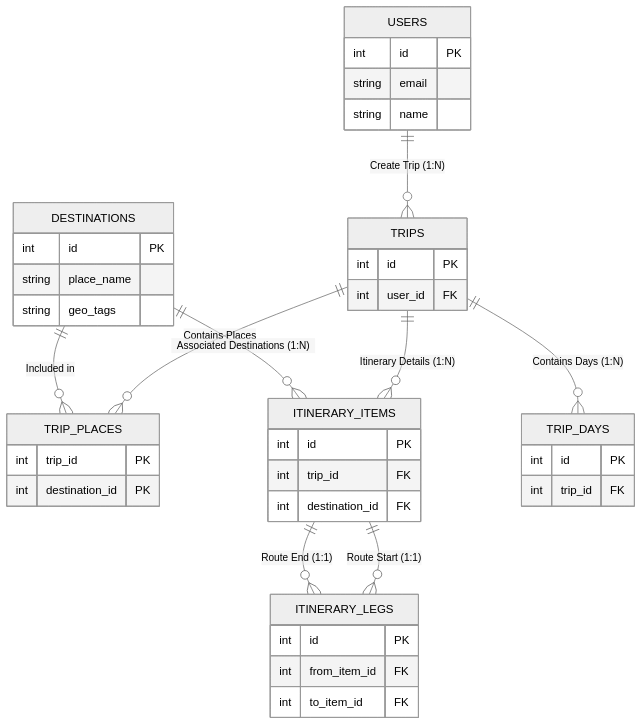
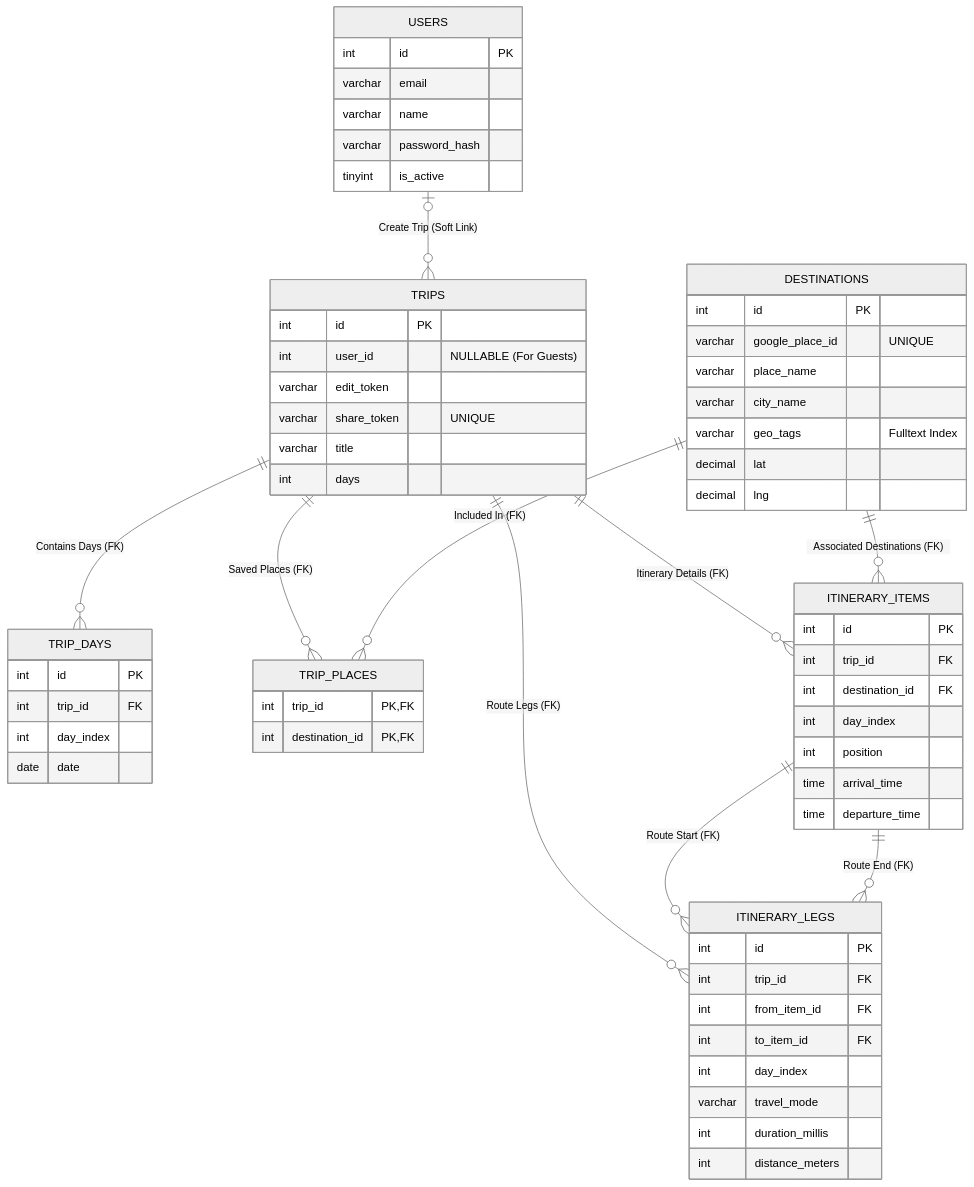
Before and after one commit to LINKUANYU/easy-travel-scheduler: the second of 2 diagrams in README.md, drawn with Mermaid (neutral theme).

````diff
--- a/README.md
+++ b/README.md
@@ -113,50 +113,77 @@
 ```mermaid
 erDiagram
-    USERS ||--o{ TRIPS : "Create Trip (1:N)"
-    TRIPS ||--o{ TRIP_PLACES : "Contains Places"
-    DESTINATIONS ||--o{ TRIP_PLACES : "Included in"
-    TRIPS ||--o{ ITINERARY_ITEMS : "Itinerary Details (1:N)"
-    DESTINATIONS ||--o{ ITINERARY_ITEMS : "Associated Destinations (1:N)"
-    TRIPS ||--o{ TRIP_DAYS : "Contains Days (1:N)"
-    ITINERARY_ITEMS ||--o{ ITINERARY_LEGS : "Route Start (1:1)"
-    ITINERARY_ITEMS ||--o{ ITINERARY_LEGS : "Route End (1:1)"
+    %% Soft Link (No strict FK, allows guest users to operate via edit_token)
+    USERS |o--o{ TRIPS : "Create Trip (Soft Link)"
+    
+    %% Hard Link (FOREIGN KEY CASCADE enabled)
+    TRIPS ||--o{ TRIP_DAYS : "Contains Days (FK)"
+    TRIPS ||--o{ TRIP_PLACES : "Saved Places (FK)"
+    DESTINATIONS ||--o{ TRIP_PLACES : "Included In (FK)"
+    
+    TRIPS ||--o{ ITINERARY_ITEMS : "Itinerary Details (FK)"
+    DESTINATIONS ||--o{ ITINERARY_ITEMS : "Associated Destinations (FK)"
+    
+    TRIPS ||--o{ ITINERARY_LEGS : "Route Legs (FK)"
+    ITINERARY_ITEMS ||--o{ ITINERARY_LEGS : "Route Start (FK)"
+    ITINERARY_ITEMS ||--o{ ITINERARY_LEGS : "Route End (FK)"
 
     USERS {
         int id PK
-        string email
-        string name
+        varchar email
+        varchar name
+        varchar password_hash
+        tinyint is_active
     }
 
     DESTINATIONS {
         int id PK
-        string place_name
-        string geo_tags
+        varchar google_place_id "UNIQUE"
+        varchar place_name
+        varchar city_name
+        varchar geo_tags "Fulltext Index"
+        decimal lat
+        decimal lng
     }
 
     TRIPS {
         int id PK
-        int user_id FK
+        int user_id "NULLABLE (For Guests)"
+        varchar edit_token
+        varchar share_token "UNIQUE"
+        varchar title
+        int days
+    }
+
+    TRIP_DAYS {
+        int id PK
+        int trip_id FK
+        int day_index
+        date date
     }
 
     TRIP_PLACES {
-        int trip_id PK
-        int destination_id PK
+        int trip_id PK,FK
+        int destination_id PK,FK
     }
 
     ITINERARY_ITEMS {
         int id PK
         int trip_id FK
         int destination_id FK
-    }
-
-    TRIP_DAYS {
-        int id PK
-        int trip_id FK
+        int day_index
+        int position
+        time arrival_time
+        time departure_time
     }
 
     ITINERARY_LEGS {
         int id PK
+        int trip_id FK
         int from_item_id FK
         int to_item_id FK
+        int day_index
+        varchar travel_mode
+        int duration_millis
+        int distance_meters
     }
 ```
````
